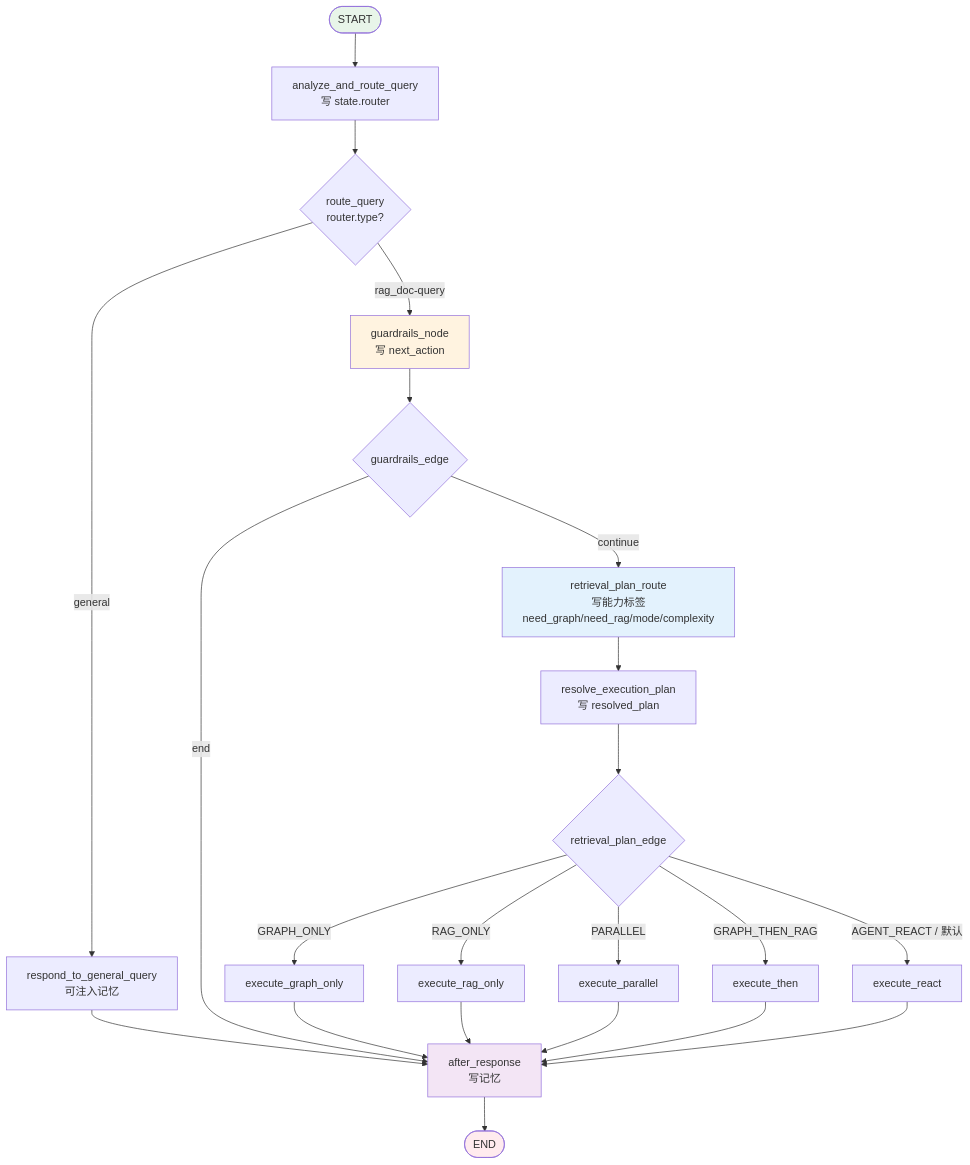
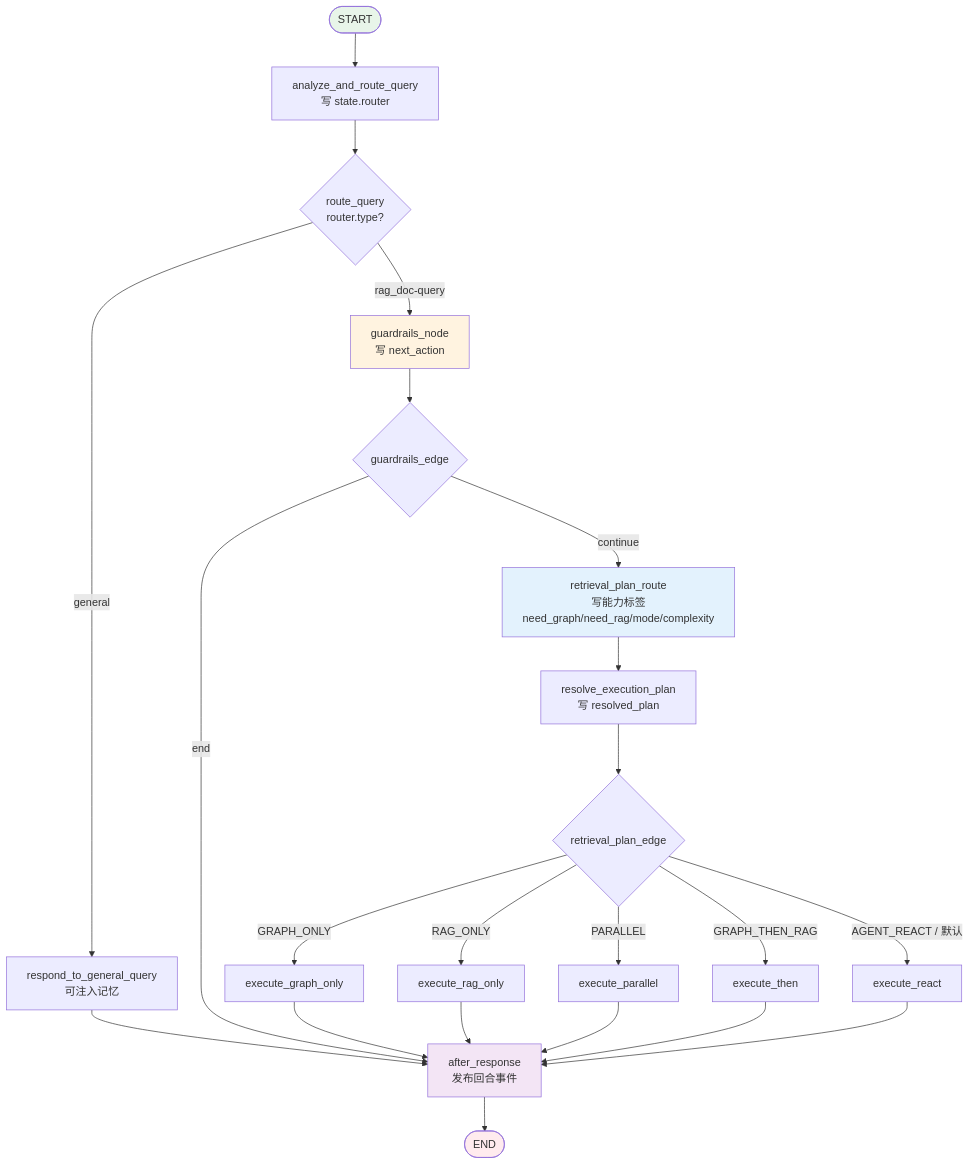
Before and after one commit to bitladykiller/-: the eighth of 36 diagrams in docs/modules/00-全流程图集.md, drawn with Mermaid. The commit also changed other lines of this file and 19 other files, not shown here.

````diff
--- a/docs/modules/00-全流程图集.md
+++ b/docs/modules/00-全流程图集.md
@@ -351,35 +374,35 @@
 ```mermaid
 flowchart TD
     START([START]) --> A[analyze_and_route_query<br/>写 state.router]
     A --> RQ{route_query<br/>router.type?}
 
     RQ -->|general| GEN[respond_to_general_query<br/>可注入记忆]
-    GEN --> AFTER[after_response<br/>写记忆]
+    GEN --> AFTER[after_response<br/>发布回合事件]
 
     RQ -->|rag_doc-query| GRD[guardrails_node<br/>写 next_action]
     GRD --> GE{guardrails_edge}
 
     GE -->|end| AFTER
     GE -->|continue| PLAN[retrieval_plan_route<br/>写能力标签<br/>need_graph/need_rag/mode/complexity]
 
     PLAN --> RES[resolve_execution_plan<br/>写 resolved_plan]
     RES --> PE{retrieval_plan_edge}
     PE -->|GRAPH_ONLY| E1[execute_graph_only]
     PE -->|RAG_ONLY| E2[execute_rag_only]
     PE -->|PARALLEL| E3[execute_parallel]
     PE -->|GRAPH_THEN_RAG| E4[execute_then]
     PE -->|AGENT_REACT / 默认| E5[execute_react]
 
     E1 --> AFTER
     E2 --> AFTER
     E3 --> AFTER
     E4 --> AFTER
     E5 --> AFTER
     AFTER --> ENDN([END])
 
     style START fill:#e8f5e9
     style ENDN fill:#ffebee
     style GRD fill:#fff3e0
     style PLAN fill:#e3f2fd
     style AFTER fill:#f3e5f5
 ```
````
